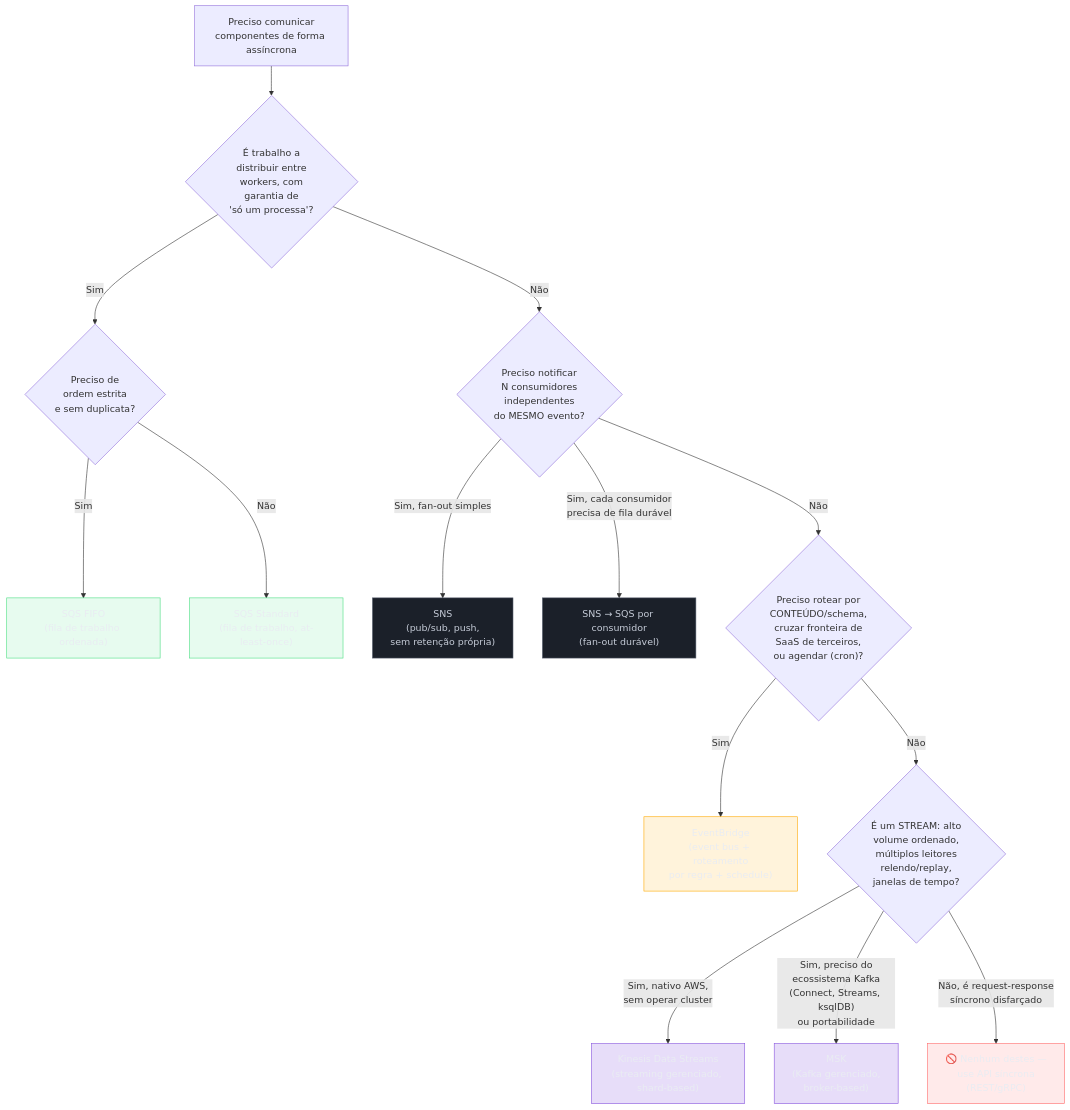
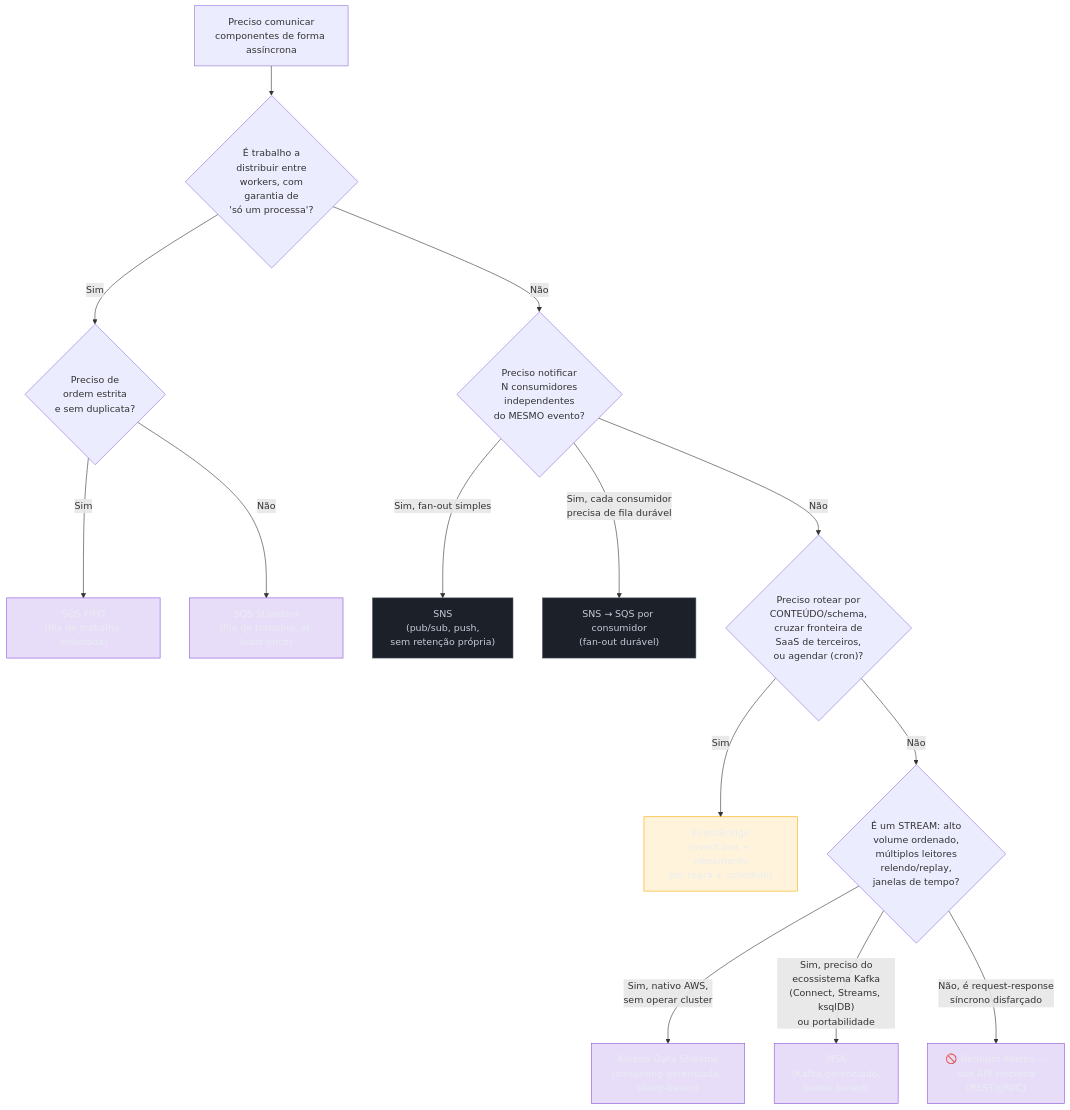
The first of 2 diagrams in 03-Dominios/Tecnologia/Cloud/13 - Mensageria e eventos gerenciados/06 - Escolher o serviço de mensageria (capstone).md (josenaldo/codex-technomanticus), drawn with Mermaid before and after one commit. The commit also changed 601 other files, not shown here.

````diff
--- a/03-Dominios/Tecnologia/Cloud/13 - Mensageria e eventos gerenciados/06 - Escolher o serviço de mensageria (capstone).md
+++ b/03-Dominios/Tecnologia/Cloud/13 - Mensageria e eventos gerenciados/06 - Escolher o serviço de mensageria (capstone).md
@@ -28,38 +28,36 @@
 ```mermaid
 flowchart TD
-    classDef ok fill:#4ADE8021,stroke:#4ADE80,color:#E9ECF2
     classDef neutro fill:#1B2029,stroke:#4E5666,color:#C6CCD8
     classDef destaque fill:#FFAA0024,stroke:#FFAA00,color:#E9ECF2
     classDef marca fill:#8855DF33,stroke:#8855DF,color:#E9ECF2
-    classDef falha fill:#FF6B6B24,stroke:#FF6B6B,color:#E9ECF2
     Start["Preciso comunicar<br/>componentes de forma assíncrona"] --> Q1{"É trabalho a<br/>distribuir entre<br/>workers, com<br/>garantia de<br/>'só um processa'?"}
 
     Q1 -->|Sim| Q1b{"Preciso de<br/>ordem estrita<br/>e sem duplicata?"}
     Q1b -->|Sim| SQSFIFO["SQS FIFO<br/>(fila de trabalho ordenada)"]
     Q1b -->|Não| SQSSTD["SQS Standard<br/>(fila de trabalho, at-least-once)"]
 
     Q1 -->|Não| Q2{"Preciso notificar<br/>N consumidores<br/>independentes<br/>do MESMO evento?"}
 
     Q2 -->|Sim, fan-out simples| SNS["SNS<br/>(pub/sub, push,<br/>sem retenção própria)"]
     Q2 -->|Sim, cada consumidor<br/>precisa de fila durável| SNSSQS["SNS → SQS por consumidor<br/>(fan-out durável)"]
 
     Q2 -->|Não| Q3{"Preciso rotear por<br/>CONTEÚDO/schema,<br/>cruzar fronteira de<br/>SaaS de terceiros,<br/>ou agendar (cron)?"}
 
     Q3 -->|Sim| EB["EventBridge<br/>(event bus + roteamento<br/>por regra + schedule)"]
 
     Q3 -->|Não| Q4{"É um STREAM: alto<br/>volume ordenado,<br/>múltiplos leitores<br/>relendo/replay,<br/>janelas de tempo?"}
 
     Q4 -->|Sim, nativo AWS,<br/>sem operar cluster| Kinesis["Kinesis Data Streams<br/>(streaming gerenciado, shard-based)"]
     Q4 -->|"Sim, preciso do<br/>ecossistema Kafka<br/>(Connect, Streams, ksqlDB)<br/>ou portabilidade"| MSK["MSK<br/>(Kafka gerenciado,<br/>broker-based)"]
 
     Q4 -->|Não, é request-response<br/>síncrono disfarçado| Anti["🚫 Nenhum destes —<br/>use API síncrona<br/>(REST/gRPC)"]
 
-    class SQSFIFO ok
-    class SQSSTD ok
+    class SQSFIFO marca
+    class SQSSTD marca
     class SNS neutro
     class SNSSQS neutro
     class EB destaque
     class Kinesis marca
     class MSK marca
-    class Anti falha
+    class Anti marca
 ```
````
